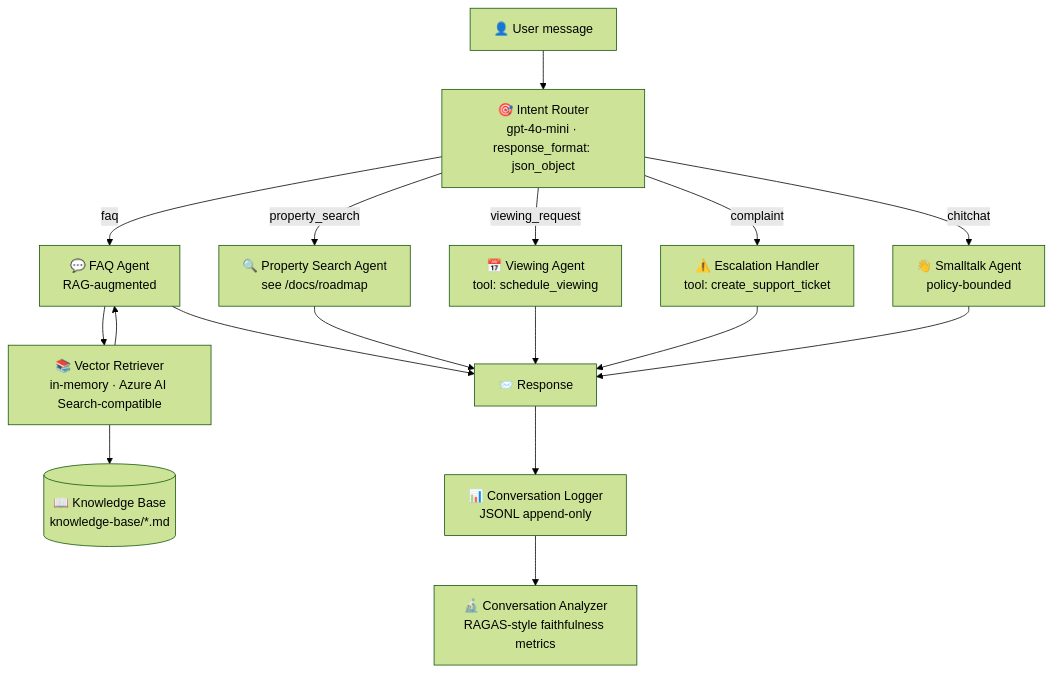
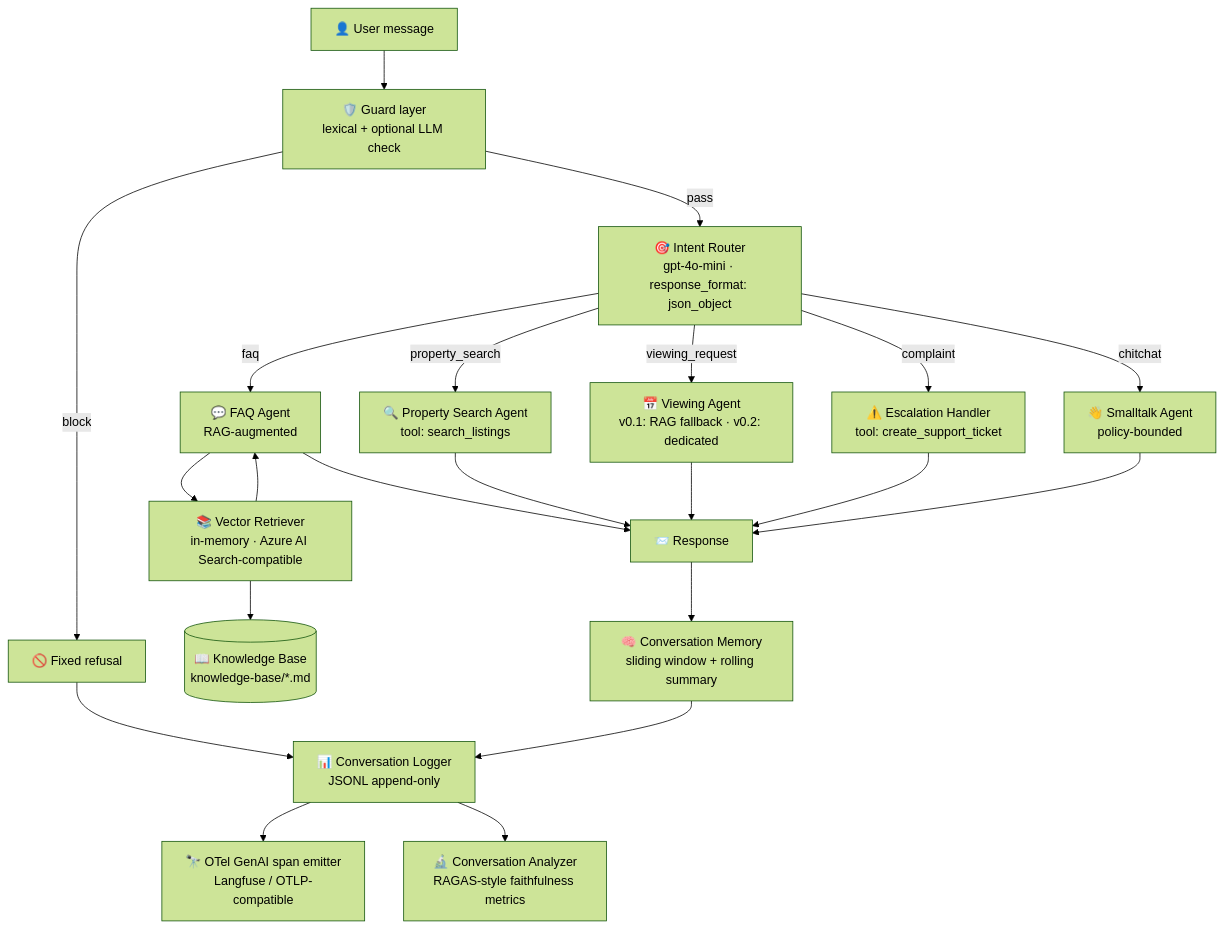
The diagram in chatbot/README.md (Jurajjjjj1988/ulovdomov-pw-and-chatbot), drawn with Mermaid (forest theme) before and after one commit. The commit also changed other lines of this file and 3 other files, not shown here.

First line of the commit message:
docs(chatbot): v0.1.1 — eval results table, architecture refresh

````diff
--- a/chatbot/README.md
+++ b/chatbot/README.md
@@ -38,23 +45,28 @@
 ```mermaid
 flowchart TD
-    User[👤 User message] --> Router[🎯 Intent Router<br/>gpt-4o-mini · response_format: json_object]
+    User[👤 User message] --> Guard[🛡️ Guard layer<br/>lexical + optional LLM check]
+    Guard -->|block| Refusal[🚫 Fixed refusal]
+    Guard -->|pass| Router[🎯 Intent Router<br/>gpt-4o-mini · response_format: json_object]
 
     Router -->|faq| FAQ[💬 FAQ Agent<br/>RAG-augmented]
-    Router -->|property_search| Search[🔍 Property Search Agent<br/>see /docs/roadmap]
-    Router -->|viewing_request| Viewing[📅 Viewing Agent<br/>tool: schedule_viewing]
+    Router -->|property_search| Search[🔍 Property Search Agent<br/>tool: search_listings]
+    Router -->|viewing_request| Viewing[📅 Viewing Agent<br/>v0.1: RAG fallback · v0.2: dedicated]
     Router -->|complaint| Escalation[⚠️ Escalation Handler<br/>tool: create_support_ticket]
     Router -->|chitchat| Smalltalk[👋 Smalltalk Agent<br/>policy-bounded]
 
     FAQ --> Retriever[📚 Vector Retriever<br/>in-memory · Azure AI Search-compatible]
     Retriever --> KB[(📖 Knowledge Base<br/>knowledge-base/*.md)]
     Retriever --> FAQ
 
     FAQ --> Response[📨 Response]
     Search --> Response
     Viewing --> Response
     Escalation --> Response
     Smalltalk --> Response
+    Refusal --> Logger
 
-    Response --> Logger[📊 Conversation Logger<br/>JSONL append-only]
+    Response --> Memory[🧠 Conversation Memory<br/>sliding window + rolling summary]
+    Memory --> Logger[📊 Conversation Logger<br/>JSONL append-only]
+    Logger --> Tracer[🔭 OTel GenAI span emitter<br/>Langfuse / OTLP-compatible]
     Logger --> Analyzer[🔬 Conversation Analyzer<br/>RAGAS-style faithfulness metrics]
 ```
````
